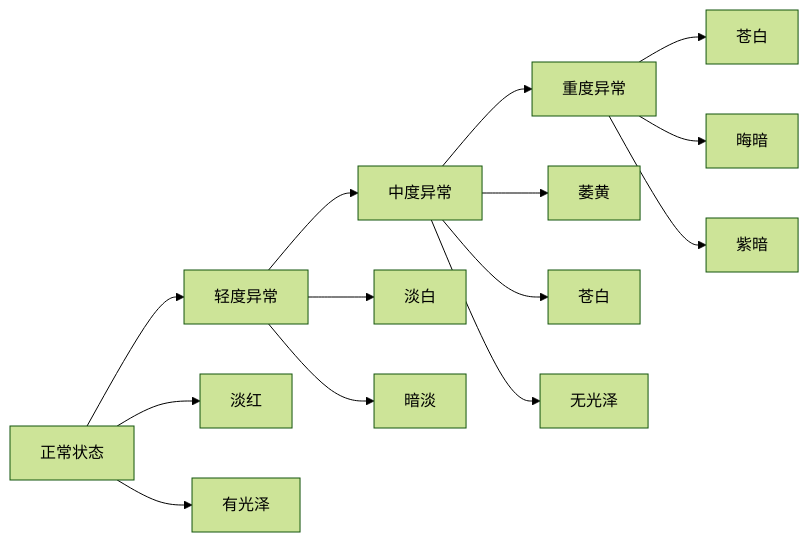
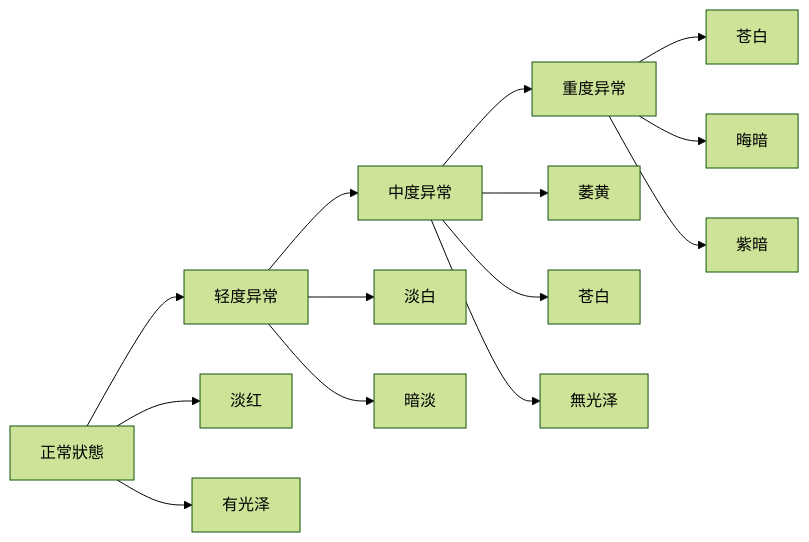
Before and after one commit to kmjade/knowledge-value: the third of 4 diagrams in 3 Resources/01-Tech/🏥 专业知识/耳穴知识库/05_诊断技术/耳穴诊断理论基础.md, drawn with Mermaid (forest theme). The commit also changed other lines of this file and 653 other files, not shown here.

````diff
--- a/3 Resources/01-Tech/🏥 专业知识/耳穴知识库/05_诊断技术/耳穴诊断理论基础.md
+++ b/3 Resources/01-Tech/🏥 专业知识/耳穴知识库/05_诊断技术/耳穴诊断理论基础.md
@@ -239,20 +239,20 @@
 ```mermaid
 graph LR
-    A[正常状态] --> B[轻度异常]
+    A[正常狀態] --> B[轻度异常]
     B --> C[中度异常]
     C --> D[重度异常]
     
     A --> A1[淡红]
     A --> A2[有光泽]
     
     B --> B1[淡白]
     B --> B2[暗淡]
     
     C --> C1[萎黄]
     C --> C2[苍白]
-    C --> C3[无光泽]
+    C --> C3[無光泽]
     
     D --> D1[苍白]
     D --> D2[晦暗]
     D --> D3[紫暗]
 ```
````
